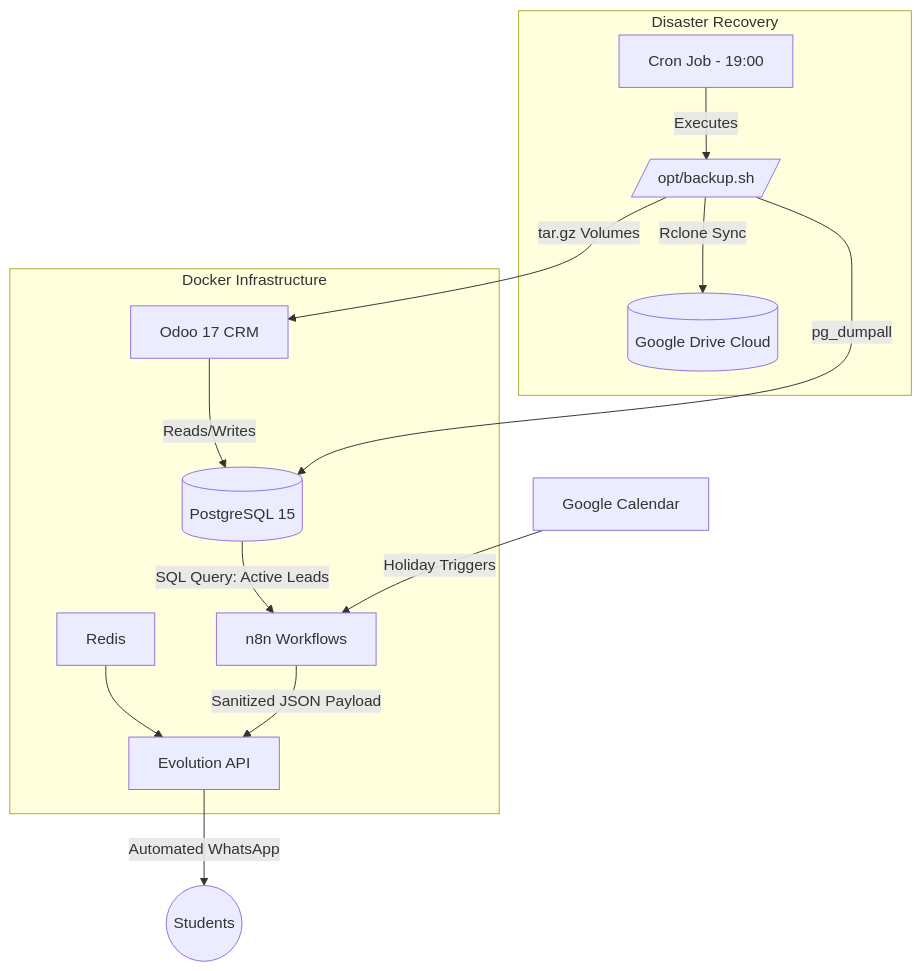
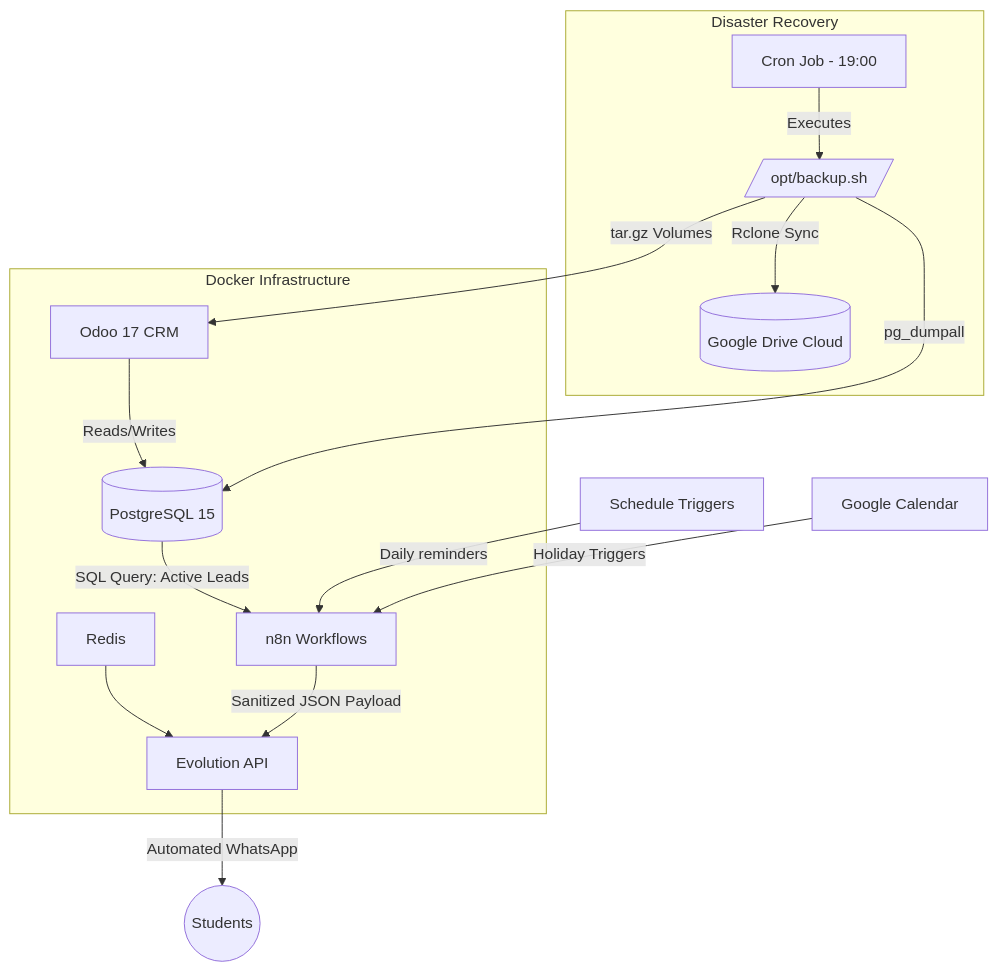
Before and after one commit to rocaster/vm-autoescola-automations: the diagram in README.md, drawn with Mermaid. The commit also changed other lines of this file, not shown here.

````diff
--- a/README.md
+++ b/README.md
@@ -19,19 +19,20 @@
 ```mermaid
 graph TD
     subgraph Docker Infrastructure
         A[Odoo 17 CRM] -->|Reads/Writes| B[(PostgreSQL 15)]
         B -->|SQL Query: Active Leads| C[n8n Workflows]
         D[Redis] --> E[Evolution API]
     end
 
+    K[Schedule Triggers] -->|Daily reminders| C
     F[Google Calendar] -->|Holiday Triggers| C
     C -->|Sanitized JSON Payload| E
     E -->|Automated WhatsApp| G((Students))
 
     subgraph Disaster Recovery
         H[Cron Job - 19:00] -->|Executes| I[/opt/backup.sh/]
         I -->|pg_dumpall| B
         I -->|tar.gz Volumes| A
         I -->|Rclone Sync| J[(Google Drive Cloud)]
     end
 ```
````
